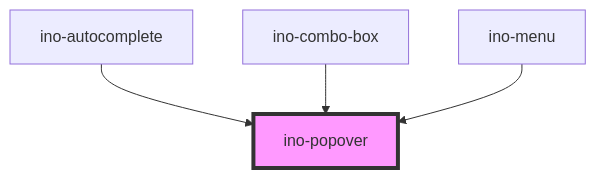
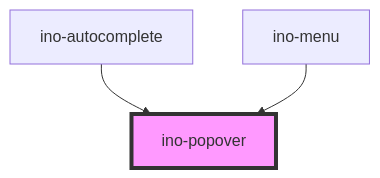
Before and after one commit to inovex/elements: the diagram in packages/elements/src/components/ino-popover/readme.md, drawn with Mermaid. The commit also changed other lines of this file and 5 other files, not shown here.

````diff
--- a/packages/elements/src/components/ino-popover/readme.md
+++ b/packages/elements/src/components/ino-popover/readme.md
@@ -253,7 +252,6 @@
 ```mermaid
 graph TD;
   ino-autocomplete --> ino-popover
-  ino-combo-box --> ino-popover
   ino-menu --> ino-popover
   style ino-popover fill:#f9f,stroke:#333,stroke-width:4px
 ```
````
